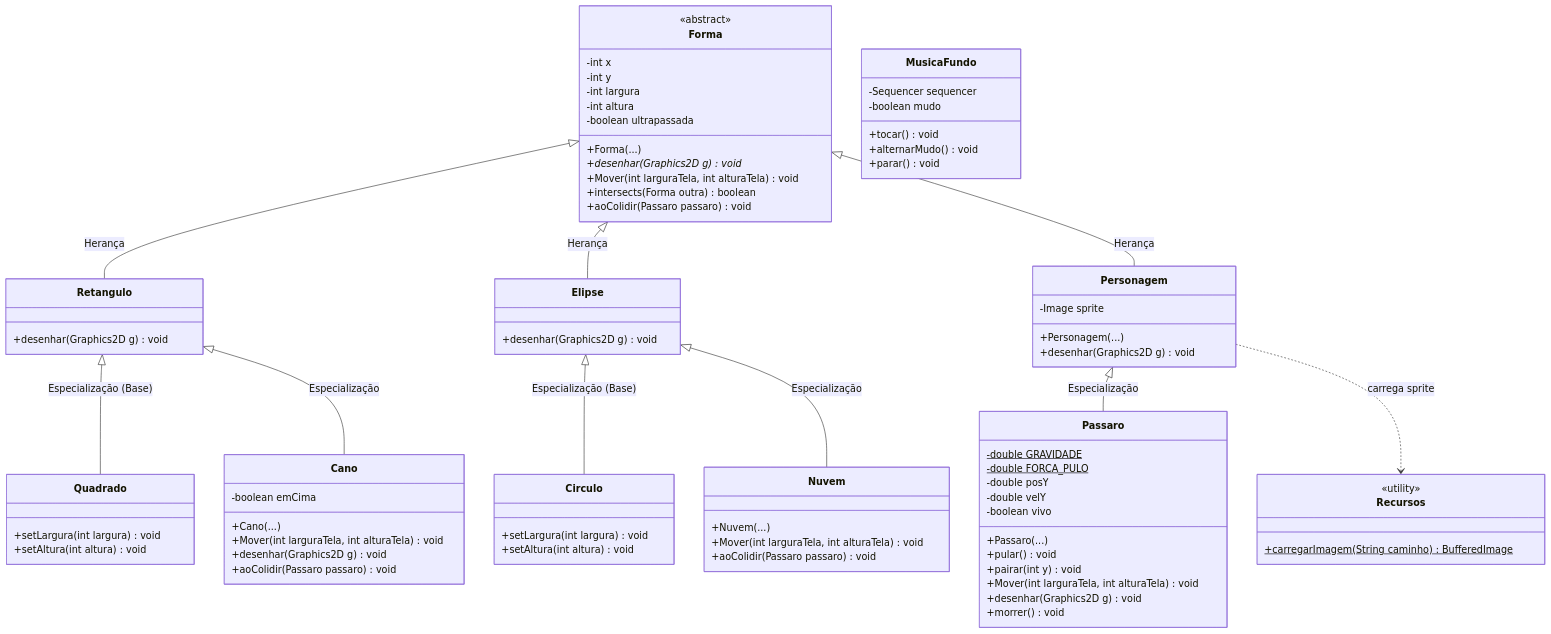
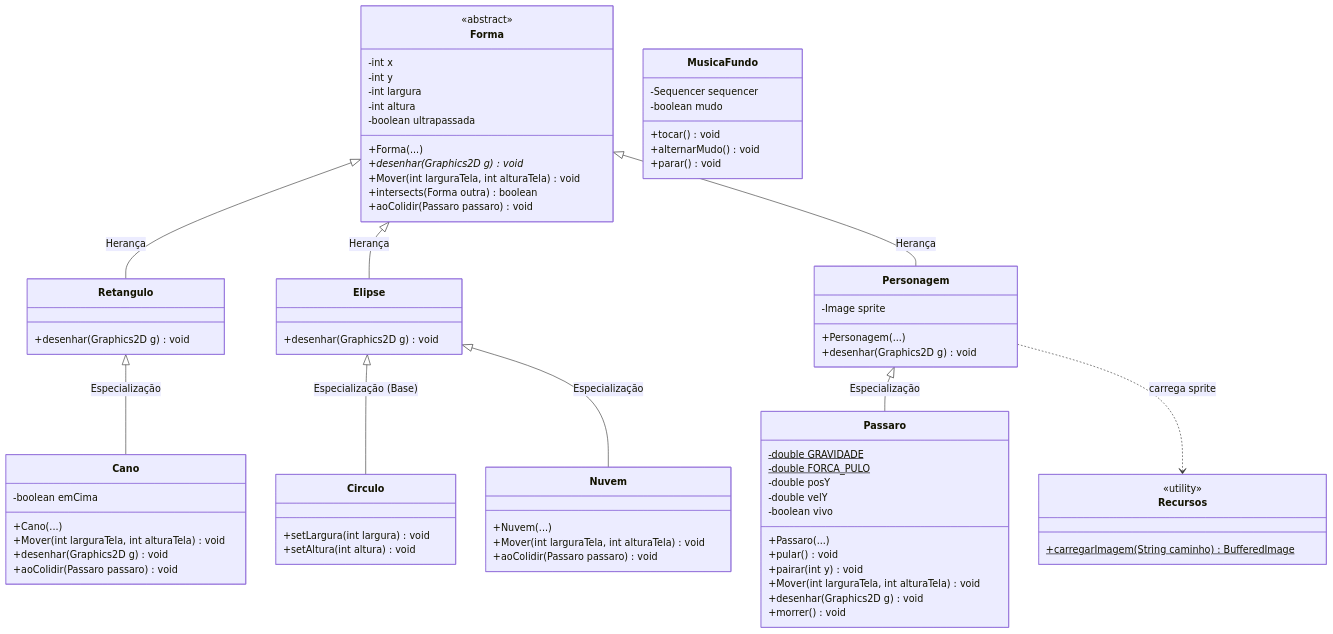
One commit to dannnpereira/Jogo_ScreenSaver changed the diagram in README.md. Above: the diagram before and after it, drawn with Mermaid. The commit also changed other lines of this file and 4 other files, not shown here.

```diff
--- a/README.md
+++ b/README.md
@@ -57,10 +57,6 @@
         +desenhar(Graphics2D g) void
     }
     
-    class Quadrado {
-        +setLargura(int largura) void
-        +setAltura(int altura) void
-    }
 
     class Cano {
         -boolean emCima
@@ -119,7 +115,6 @@
     }
 
     Forma <|-- Retangulo : Herança
-    Retangulo <|-- Quadrado : Especialização (Base)
     Retangulo <|-- Cano : Especialização
     Forma <|-- Elipse : Herança
     Elipse <|-- Circulo : Especialização (Base)
```
